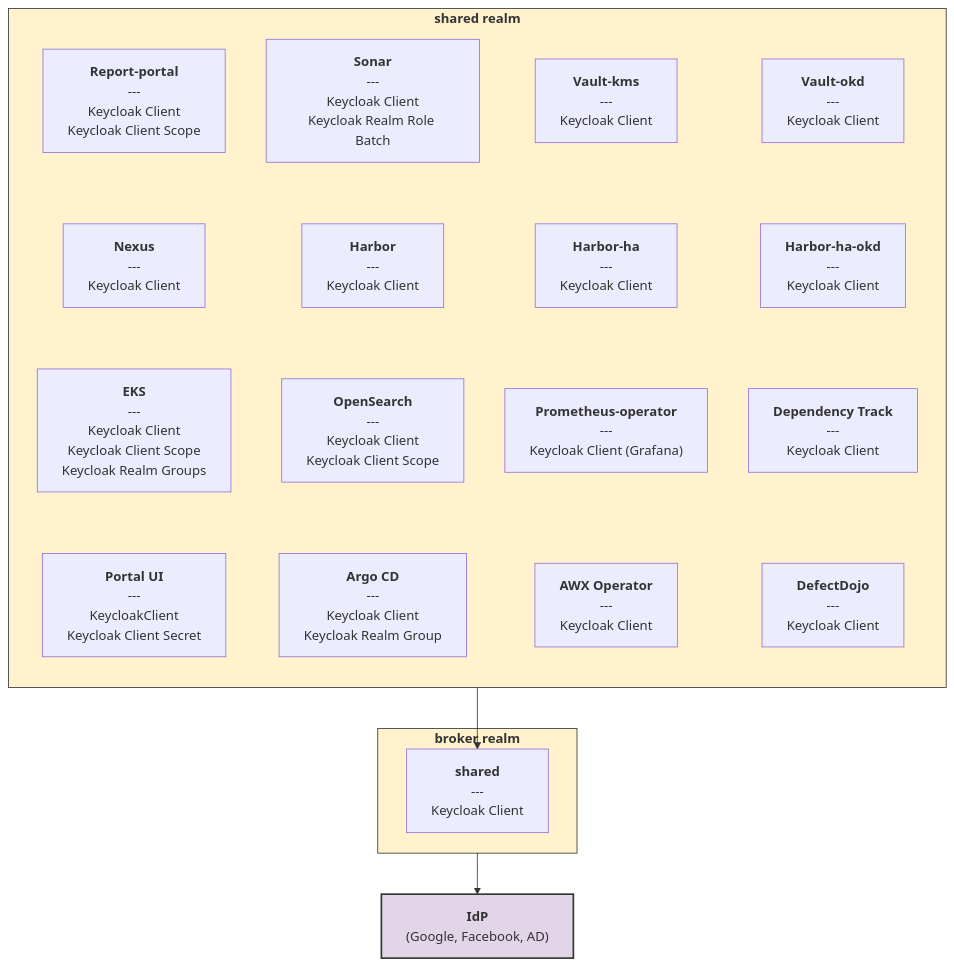
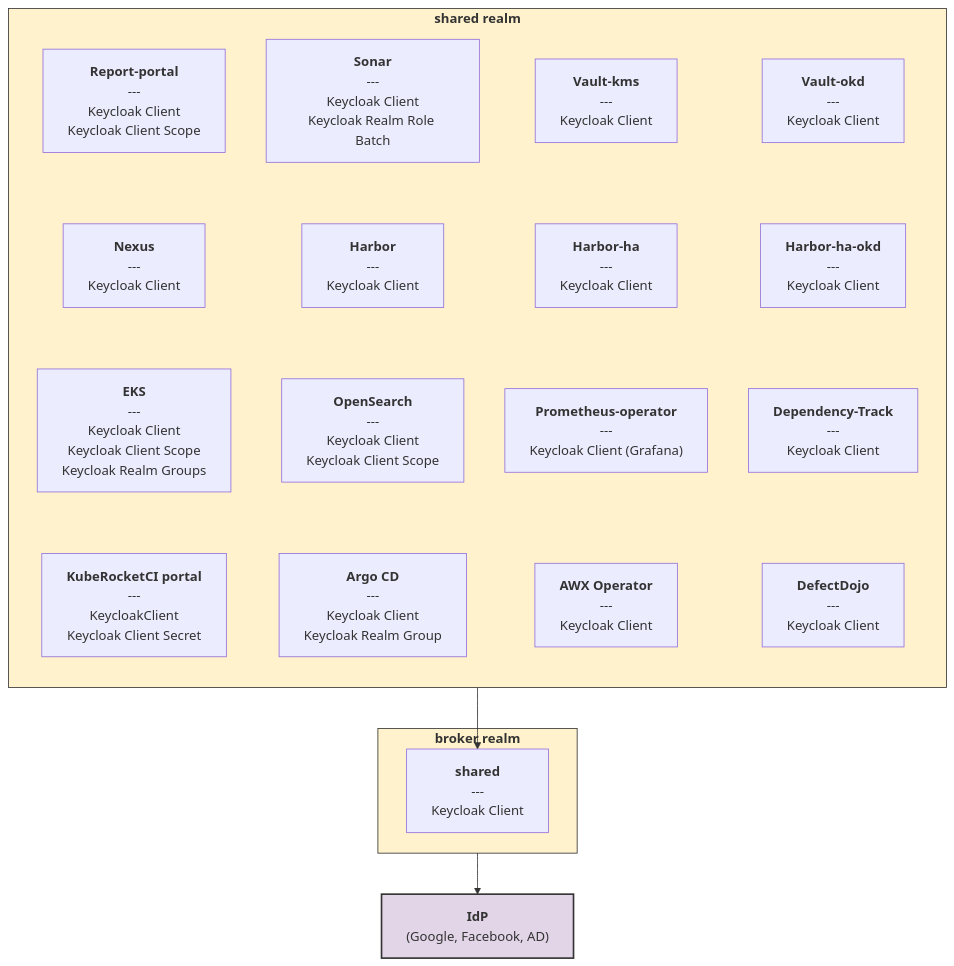
One commit to KubeRocketCI/docs changed the first of 2 diagrams in versioned_docs/version-3.13/operator-guide/auth/platform-auth-model.md. Above: the diagram before and after it, drawn with Mermaid. The commit also changed other lines of this file and 218 other files, not shown here.

````diff
--- a/versioned_docs/version-3.13/operator-guide/auth/platform-auth-model.md
+++ b/versioned_docs/version-3.13/operator-guide/auth/platform-auth-model.md
@@ -25,41 +25,41 @@
 ```mermaid
 graph TD;
     style integrated_services fill:#FFF2CC,stroke:#333,stroke-width:1px
     style broker_realm fill:#FFF2CC,stroke:#333,stroke-width:1px
     style IdP fill:#E1D5E7,stroke:#333,stroke-width:2px,dashed
 
     subgraph integrated_services ["<b>shared realm</b>"]
         direction TB
         Report-Portal["<b>Report-portal</b><br>---<br>Keycloak Client<br> Keycloak Client Scope"]
         Sonar["<b>Sonar</b><br>---<br>Keycloak Client<br>Keycloak Realm Role Batch"]
         Vault-kms["<b>Vault-kms</b><br> --- <br> Keycloak Client"]
         Vault-okd["<b>Vault-okd</b><br> --- <br> Keycloak Client"]
         ArgoCD["<b>Argo CD</b><br> --- <br> Keycloak Client <br> Keycloak Realm Group"]
 
         EKS["<b>EKS</b><br> --- <br> Keycloak Client <br> Keycloak Client Scope <br> Keycloak Realm Groups"]
         Harbor["<b>Harbor</b><br> --- <br> Keycloak Client"]
         Harbor-ha["<b>Harbor-ha</b><br> --- <br> Keycloak Client"]
         Harbor-ha-okd["<b>Harbor-ha-okd</b><br> --- <br> Keycloak Client"]
         AWX-operator["<b>AWX Operator</b><br> --- <br> Keycloak Client"]
 
         Nexus["<b>Nexus</b><br> --- <br> Keycloak Client"]
         OpenSearch["<b>OpenSearch</b><br> --- <br> Keycloak Client <br> Keycloak Client Scope"]
         Prometheus-operator["<b>Prometheus-operator</b><br> --- <br> Keycloak Client (Grafana)"]
-        DependencyTrack["<b>Dependency Track</b><br> --- <br> Keycloak Client"]
+        Dependency-Track["<b>Dependency-Track</b><br> --- <br> Keycloak Client"]
         DefectDojo["<b>DefectDojo</b><br> --- <br> Keycloak Client"]
 
-        Portal["<b>Portal UI</b><br> --- <br> KeycloakClient <br> Keycloak Client Secret"]
+        Portal["<b>KubeRocketCI portal</b><br> --- <br> KeycloakClient <br> Keycloak Client Secret"]
 
         %% Define the new 4x4 grid layout
         Report-Portal ~~~ Nexus ~~~ EKS ~~~ Portal
         Sonar ~~~ Harbor ~~~ OpenSearch ~~~ ArgoCD
         Vault-kms ~~~ Harbor-ha ~~~ Prometheus-operator ~~~ AWX-operator
-        Vault-okd ~~~ Harbor-ha-okd ~~~ DependencyTrack ~~~ DefectDojo
+        Vault-okd ~~~ Harbor-ha-okd ~~~ Dependency-Track ~~~ DefectDojo
     end
     subgraph broker_realm ["<b>broker realm</b>"]
      shared["<b>shared</b><br> --- <br> Keycloak Client"]
     end
 
     integrated_services --> shared["<b>shared</b><br> --- <br> Keycloak Client"]
     broker_realm --> IdP["<b>IdP</b><br> (Google, Facebook, AD)"]
 ```
````
